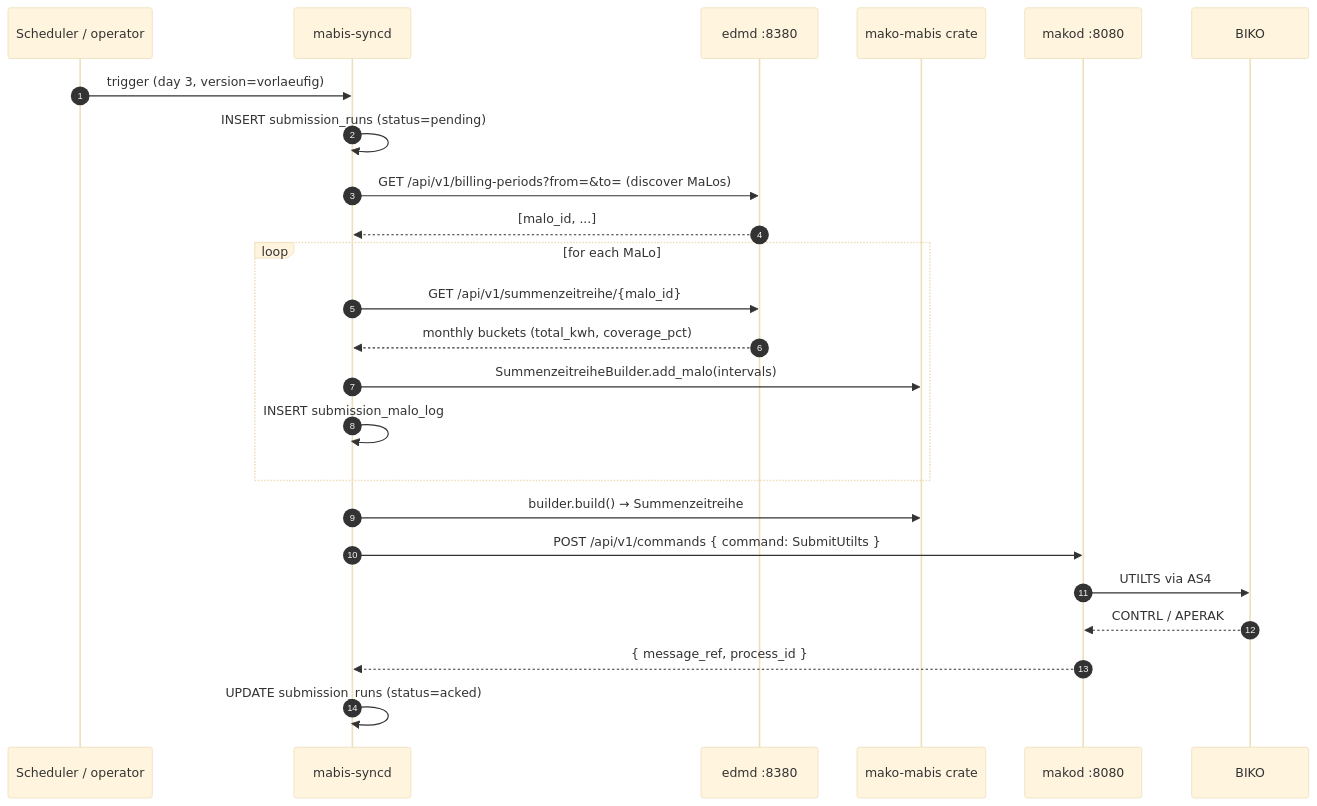
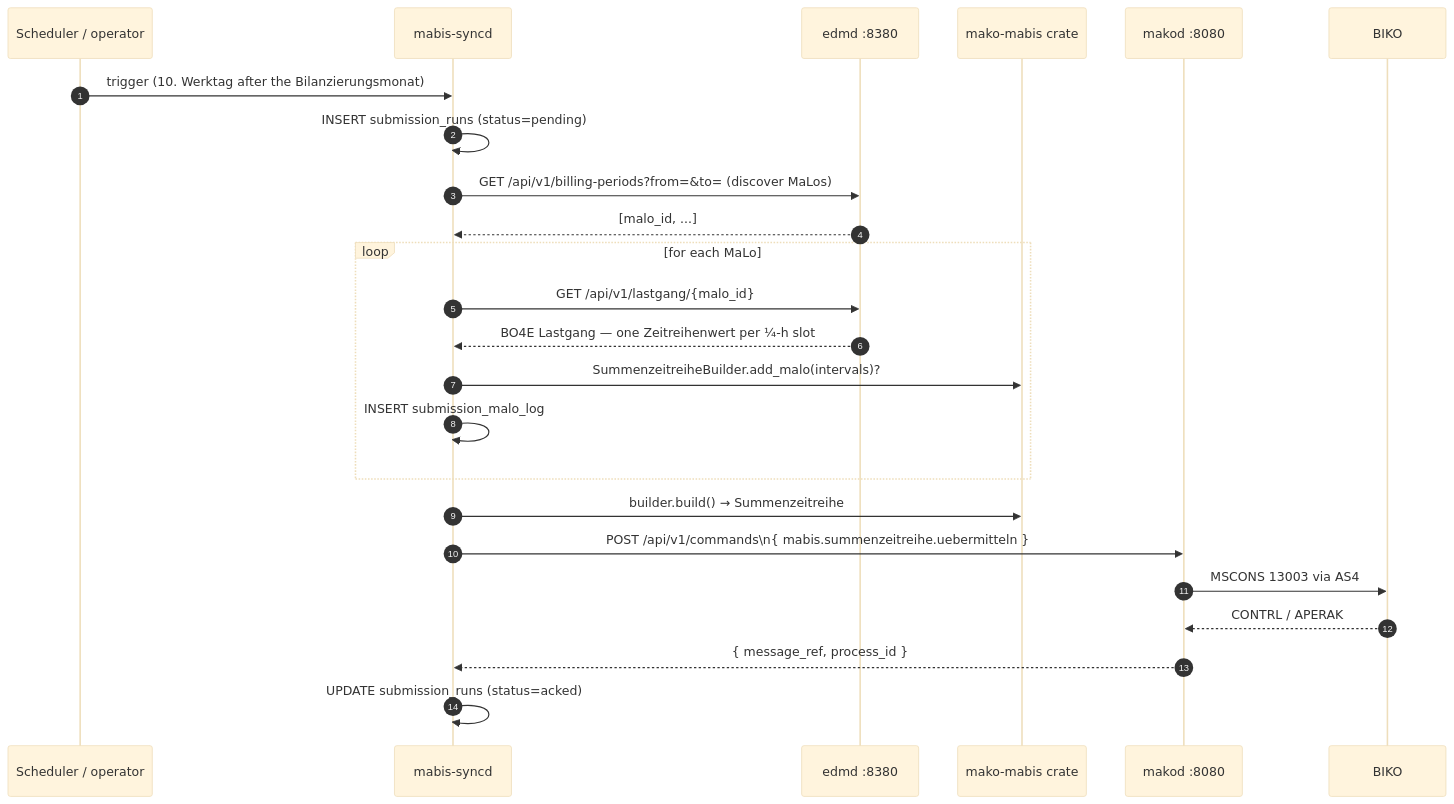
The second of 2 diagrams in docs/mabis-syncd.md (hupe1980/mako), drawn with Mermaid (base theme) before and after one commit. The commit also changed other lines of this file and 171 other files, not shown here.

````diff
--- a/docs/mabis-syncd.md
+++ b/docs/mabis-syncd.md
@@ -76,30 +193,30 @@
 ```mermaid
 sequenceDiagram
     autonumber
     participant sched as Scheduler / operator
     participant syncd as mabis-syncd
     participant edmd as edmd :8380
     participant mabis as mako-mabis crate
     participant makod as makod :8080
     participant biko as BIKO
 
-    sched->>syncd: trigger (day 3, version=vorlaeufig)
+    sched->>syncd: trigger (10. Werktag after the Bilanzierungsmonat)
     syncd->>syncd: INSERT submission_runs (status=pending)
 
     syncd->>edmd: GET /api/v1/billing-periods?from=&to= (discover MaLos)
     edmd-->>syncd: [malo_id, ...]
 
     loop for each MaLo
-        syncd->>edmd: GET /api/v1/summenzeitreihe/{malo_id}
-        edmd-->>syncd: monthly buckets (total_kwh, coverage_pct)
-        syncd->>mabis: SummenzeitreiheBuilder.add_malo(intervals)
+        syncd->>edmd: GET /api/v1/lastgang/{malo_id}
+        edmd-->>syncd: BO4E Lastgang — one Zeitreihenwert per ¼-h slot
+        syncd->>mabis: SummenzeitreiheBuilder.add_malo(intervals)?
         syncd->>syncd: INSERT submission_malo_log
     end
 
     syncd->>mabis: builder.build() → Summenzeitreihe
-    syncd->>makod: POST /api/v1/commands { command: SubmitUtilts }
-    makod->>biko: UTILTS via AS4
+    syncd->>makod: POST /api/v1/commands\n{ mabis.summenzeitreihe.uebermitteln }
+    makod->>biko: MSCONS 13003 via AS4
     biko-->>makod: CONTRL / APERAK
     makod-->>syncd: { message_ref, process_id }
     syncd->>syncd: UPDATE submission_runs (status=acked)
 ```
````
